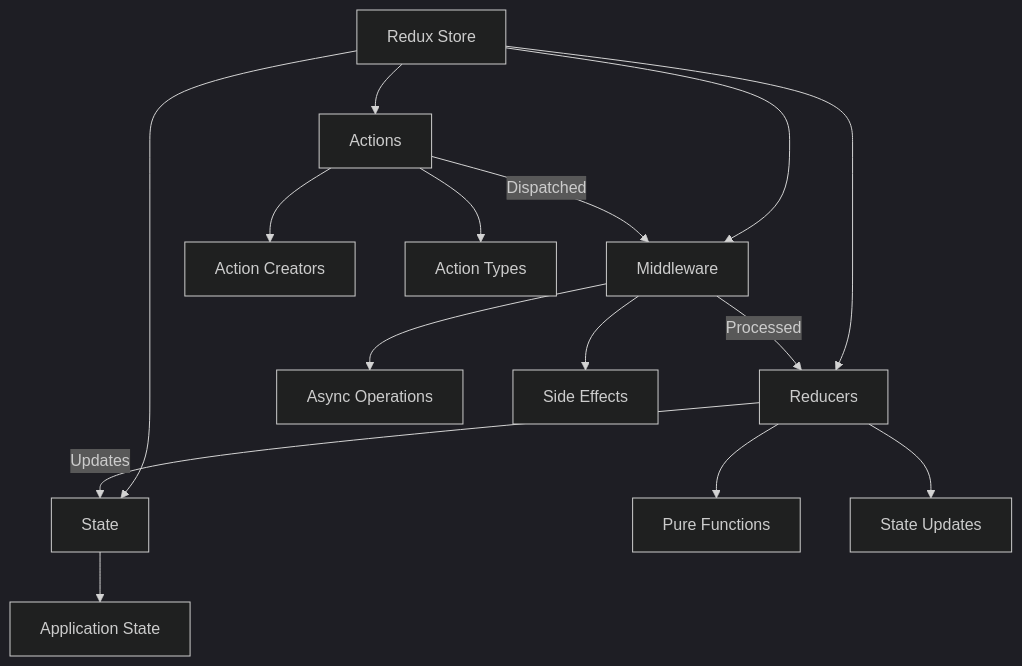
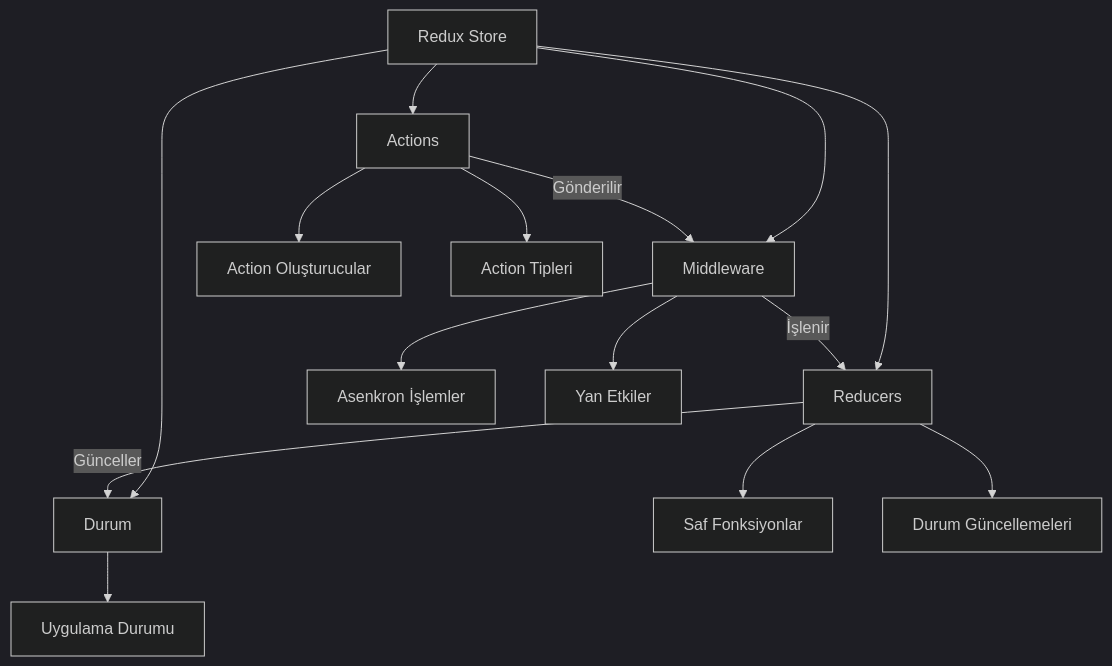
Before and after one commit to endmr11/system_design: the third of 5 diagrams in mobile/architecture/patterns.md, drawn with Mermaid (dark theme). The commit also changed other lines of this file and 6 other files, not shown here.

````diff
--- a/mobile/architecture/patterns.md
+++ b/mobile/architecture/patterns.md
@@ -107,22 +107,22 @@
 ```mermaid
 graph TD
-    A[Redux Store] --> B[State]
+    A[Redux Store] --> B[Durum]
     A --> C[Reducers]
     A --> D[Actions]
     A --> E[Middleware]
     
-    B --> B1[Application State]
+    B --> B1[Uygulama Durumu]
     
-    C --> C1[Pure Functions]
-    C --> C2[State Updates]
+    C --> C1[Saf Fonksiyonlar]
+    C --> C2[Durum Güncellemeleri]
     
-    D --> D1[Action Creators]
-    D --> D2[Action Types]
+    D --> D1[Action Oluşturucular]
+    D --> D2[Action Tipleri]
     
-    E --> E1[Async Operations]
-    E --> E2[Side Effects]
+    E --> E1[Asenkron İşlemler]
+    E --> E2[Yan Etkiler]
     
-    D -->|Dispatched| E
-    E -->|Processed| C
-    C -->|Updates| B
+    D -->|Gönderilir| E
+    E -->|İşlenir| C
+    C -->|Günceller| B
 ```
````
